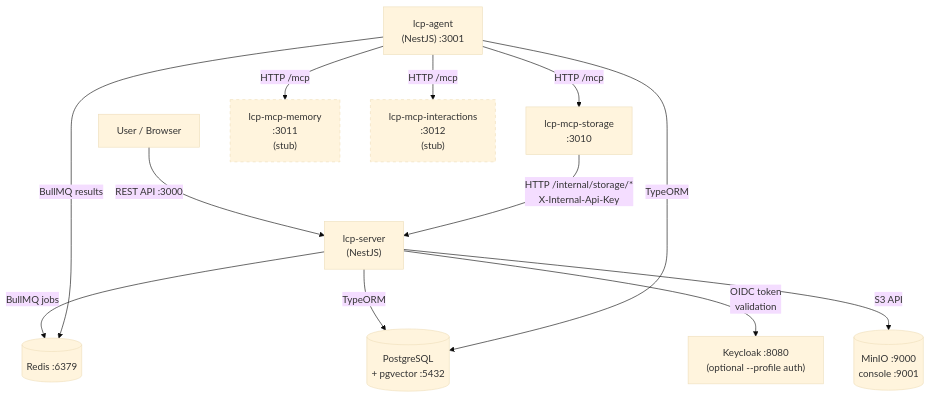
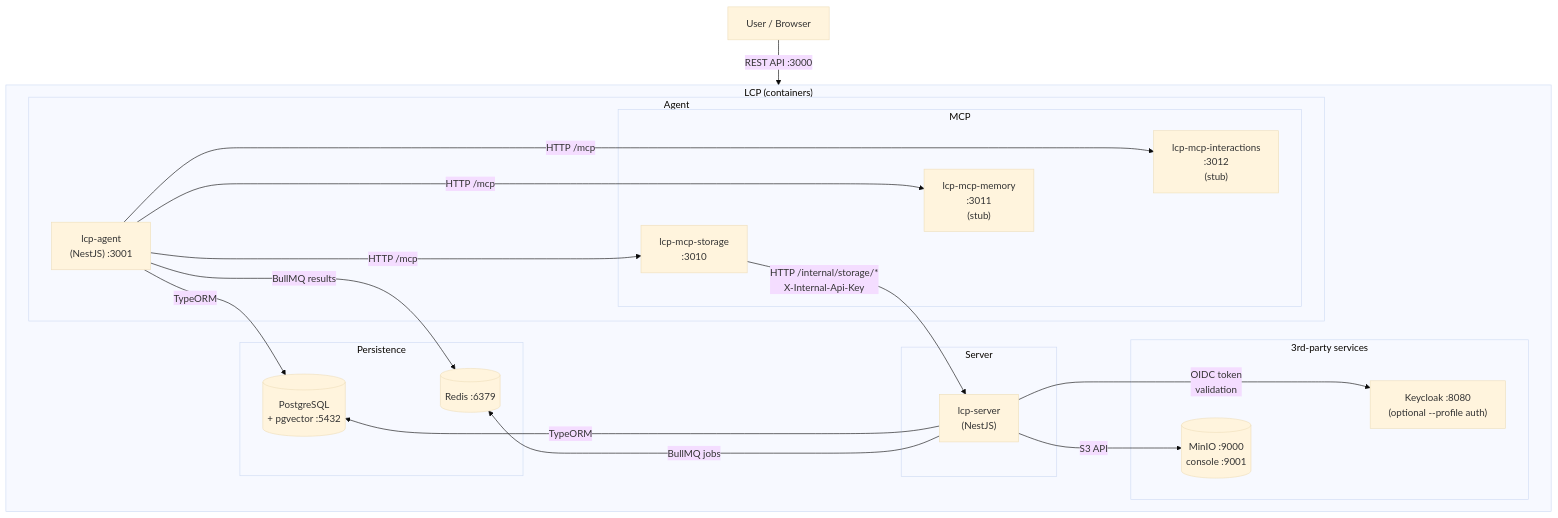
The first of 3 diagrams in README.md (instantiator/tcp-server), drawn with Mermaid (base theme) before and after one commit. The commit also changed other lines of this file, not shown here.

Commit message:
Tweak graphs in README

````diff
--- a/README.md
+++ b/README.md
@@ -26,16 +26,50 @@
 ```mermaid
 graph TD
-  User["User / Browser"] -->|REST API :3000| LcpServer["lcp-server\n(NestJS)"]
-  LcpServer -->|OIDC token\nvalidation| Keycloak["Keycloak :8080\n(optional --profile auth)"]
-  LcpServer -->|TypeORM| Postgres[(PostgreSQL\n+ pgvector :5432)]
-  LcpServer -->|BullMQ jobs| Redis[(Redis :6379)]
-  LcpServer -->|S3 API| MinIO[(MinIO :9000\nconsole :9001)]
-  LcpAgent["lcp-agent\n(NestJS) :3001"] -->|BullMQ results| Redis
+  User["User / Browser"]
+  LcpServer["lcp-server\n(NestJS)"]
+  LcpAgent["lcp-agent\n(NestJS) :3001"]
+  Redis[(Redis :6379)]
+  Keycloak["Keycloak :8080\n(optional --profile auth)"]
+  Postgres[(PostgreSQL\n+ pgvector :5432)]
+  MinIO[(MinIO :9000\nconsole :9001)]
+  McpStorage["lcp-mcp-storage\n:3010"]
+  McpMemory["lcp-mcp-memory\n:3011\n(stub)"]
+  McpInteract["lcp-mcp-interactions\n:3012\n(stub)"]
+
+  subgraph LCP["LCP (containers)"]
+      direction LR
+      Server ~~~ Dbs ~~~ Agent ~~~ ThirdParty
+  end
+
+  subgraph Server["Server"]
+      LcpServer
+  end
+
+  subgraph Dbs["Persistence"]
+      Postgres ~~~ Redis
+  end
+
+
+  subgraph Agent["Agent"]
+      LcpAgent
+      subgraph MCP
+        McpStorage ~~~ McpMemory ~~~ McpInteract
+      end
+  end
+
+  subgraph ThirdParty["3rd-party services"]
+      MinIO ~~~ Keycloak
+  end
+
+  User -->|REST API :3000| LcpServer
+  LcpServer -->|OIDC token\nvalidation| Keycloak
+  LcpServer -->|S3 API| MinIO
+  LcpServer -->|BullMQ jobs| Redis
+  LcpAgent -->|BullMQ results| Redis
+  LcpServer -->|TypeORM| Postgres
   LcpAgent -->|TypeORM| Postgres
-  LcpAgent -->|HTTP /mcp| McpStorage["lcp-mcp-storage\n:3010"]
-  LcpAgent -->|HTTP /mcp| McpMemory["lcp-mcp-memory\n:3011\n(stub)"]
-  LcpAgent -->|HTTP /mcp| McpInteract["lcp-mcp-interactions\n:3012\n(stub)"]
+  LcpAgent -->|HTTP /mcp| McpStorage
+  LcpAgent -->|HTTP /mcp| McpMemory
+  LcpAgent -->|HTTP /mcp| McpInteract
   McpStorage -->|HTTP /internal/storage/*\nX-Internal-Api-Key| LcpServer
-  style McpMemory stroke-dasharray: 5 5
-  style McpInteract stroke-dasharray: 5 5
 ```
````
